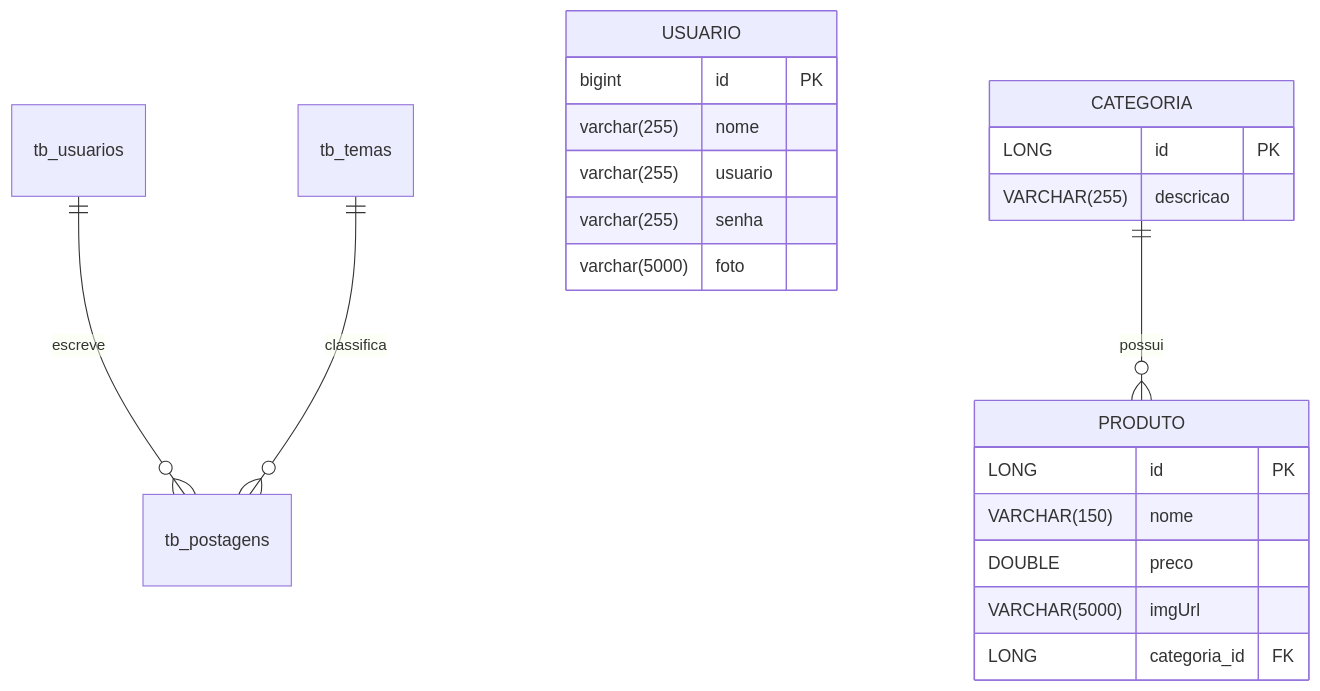
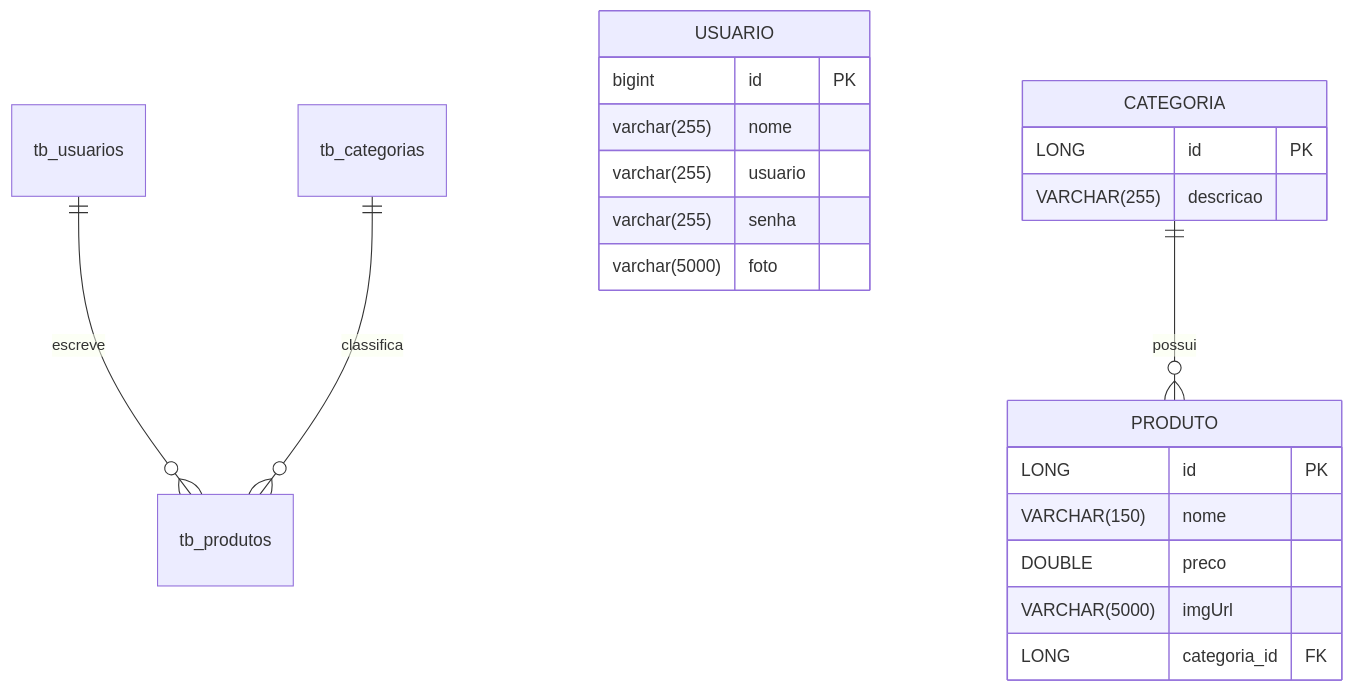
The second of 2 diagrams in README.md (renatangr/projeto_final_bloco_02), drawn with Mermaid before and after one commit.

Commit message:
fix: README.md

````diff
--- a/README.md
+++ b/README.md
@@ -98,26 +98,26 @@
 ```mermaid
 erDiagram
-    tb_usuarios ||--o{ tb_postagens : escreve
-    tb_temas ||--o{ tb_postagens : classifica
+    tb_usuarios ||--o{ tb_produtos : escreve
+    tb_categorias ||--o{ tb_produtos : classifica
 
     USUARIO {
         bigint id PK
         varchar(255) nome
         varchar(255) usuario
         varchar(255) senha
         varchar(5000) foto
     }
     CATEGORIA {
         LONG id PK
         VARCHAR(255) descricao
     }
     PRODUTO {
         LONG id PK
         VARCHAR(150) nome
         DOUBLE preco
         VARCHAR(5000) imgUrl
         LONG categoria_id FK
     }
 
     CATEGORIA ||--o{ PRODUTO : possui
 ```
````
